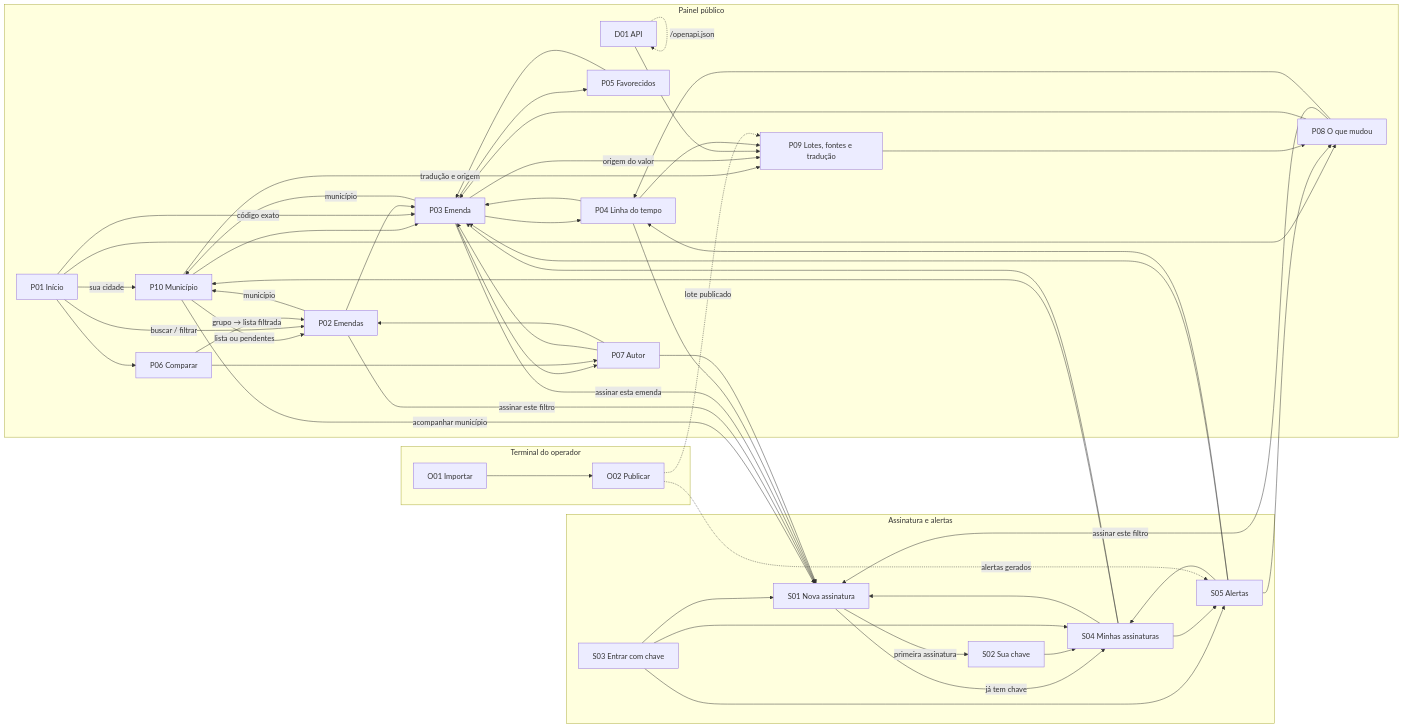
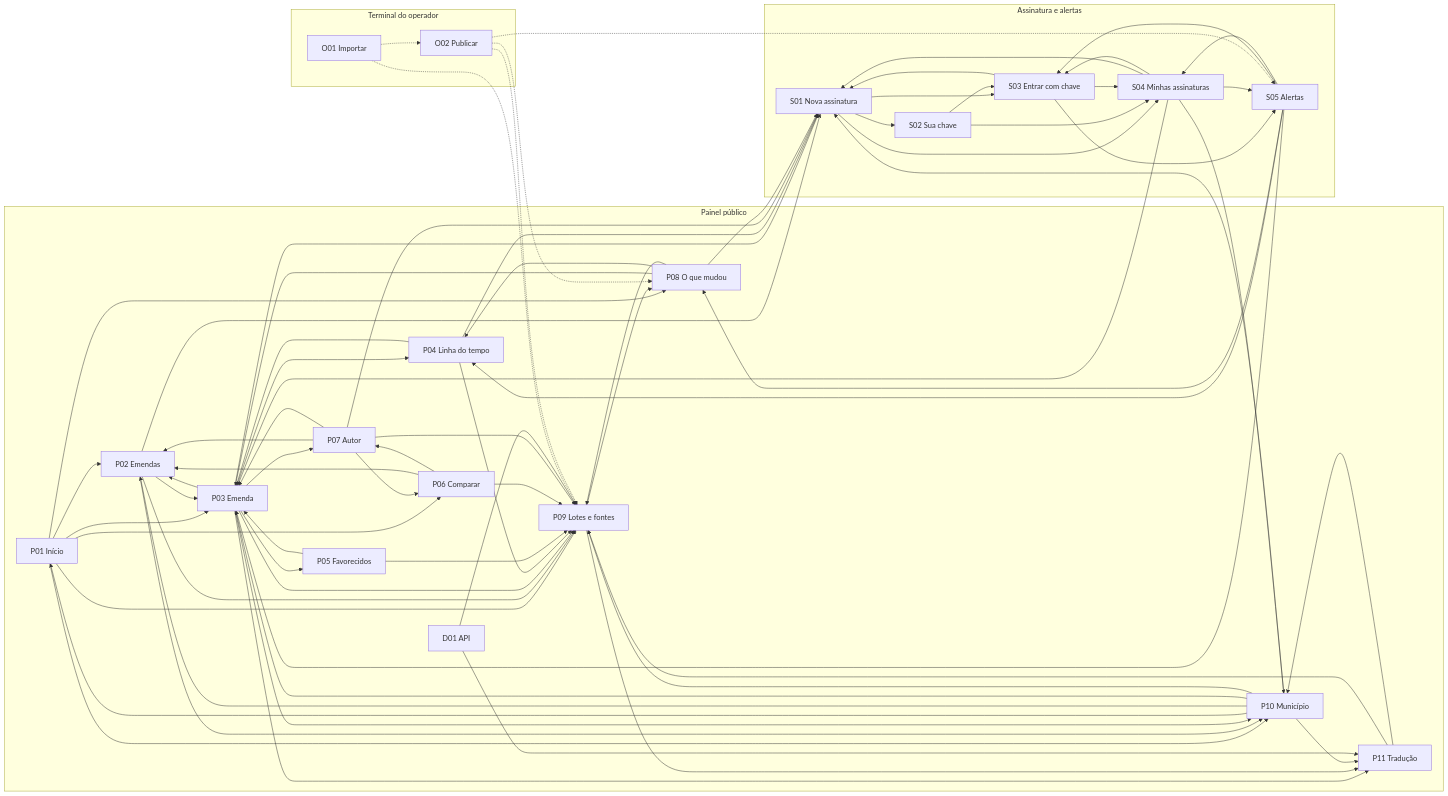
The diagram in especificacoes/joao-vitor/telas/inventario.md (jvchaaves/rastro), drawn with Mermaid before and after one commit. The commit also changed other lines of this file and 46 other files, not shown here.

````diff
--- a/especificacoes/joao-vitor/telas/inventario.md
+++ b/especificacoes/joao-vitor/telas/inventario.md
@@ -84,8 +88,9 @@
         P06[P06 Comparar]
         P07[P07 Autor]
         P08[P08 O que mudou]
-        P09[P09 Lotes, fontes e tradução]
+        P09[P09 Lotes e fontes]
         P10[P10 Município]
+        P11[P11 Tradução]
         D01[D01 API]
     end
     subgraph Assinatura["Assinatura e alertas"]
@@ -99,55 +104,74 @@
         O01[O01 Importar]
         O02[O02 Publicar]
     end
-
-    P01 -->|sua cidade| P10
-    P10 -->|lista ou pendentes| P02
-    P10 --> P03
-    P10 -->|acompanhar município| S01
-    P10 -->|tradução e origem| P09
-    P02 -->|município| P10
-    P03 -->|município| P10
-    S04 --> P10
-    P01 -->|buscar / filtrar| P02
-    P01 -->|código exato| P03
+    P01 --> P02
+    P01 --> P03
     P01 --> P06
     P01 --> P08
+    P01 --> P09
+    P01 --> P10
     P02 --> P03
-    P02 -->|assinar este filtro| S01
+    P02 --> P09
+    P02 --> P10
+    P02 --> S01
+    P03 --> P02
     P03 --> P04
     P03 --> P05
     P03 --> P07
-    P03 -->|assinar esta emenda| S01
-    P03 -->|origem do valor| P09
+    P03 --> P09
+    P03 --> P10
+    P03 --> P11
+    P03 --> S01
     P04 --> P03
+    P04 --> P09
+    P04 --> S01
     P05 --> P03
+    P05 --> P09
+    P06 --> P02
     P06 --> P07
-    P06 -->|grupo → lista filtrada| P02
+    P06 --> P09
+    P07 --> P02
     P07 --> P03
+    P07 --> P06
+    P07 --> P09
+    P07 --> S01
     P08 --> P03
-    P08 -->|assinar este filtro| S01
-    S01 -->|primeira assinatura| S02
-    S01 -->|já tem chave| S04
+    P08 --> P04
+    P08 --> P09
+    P08 --> S01
+    P09 --> P08
+    P09 --> P11
+    P10 --> P01
+    P10 --> P02
+    P10 --> P03
+    P10 --> P09
+    P10 --> P11
+    P10 --> S01
+    P11 --> P09
+    P11 --> P10
+    D01 --> P09
+    D01 --> P11
+    S01 --> S02
+    S01 --> S03
+    S01 --> S04
+    S02 --> S03
     S02 --> S04
+    S03 --> S01
+    S03 --> S04
     S03 --> S05
+    S04 --> P03
+    S04 --> P10
     S04 --> S01
+    S04 --> S03
     S04 --> S05
     S05 --> P03
+    S05 --> P04
     S05 --> P08
-    D01 -.->|/openapi.json| D01
-    D01 --> P09
-    P04 --> S01
-    P04 --> P09
-    P07 --> P02
-    P07 --> S01
-    P08 --> P04
-    P09 --> P08
-    S03 --> S01
-    S03 --> S04
-    S04 --> P03
-    S05 --> P04
+    S05 --> S03
     S05 --> S04
-    O01 --> O02
-    O02 -.->|lote publicado| P09
-    O02 -.->|alertas gerados| S05
+    O01 -.-> P09
+    O01 -.-> O02
+    O02 -.-> P08
+    O02 -.-> P09
+    O02 -.-> S05
 ```
````
